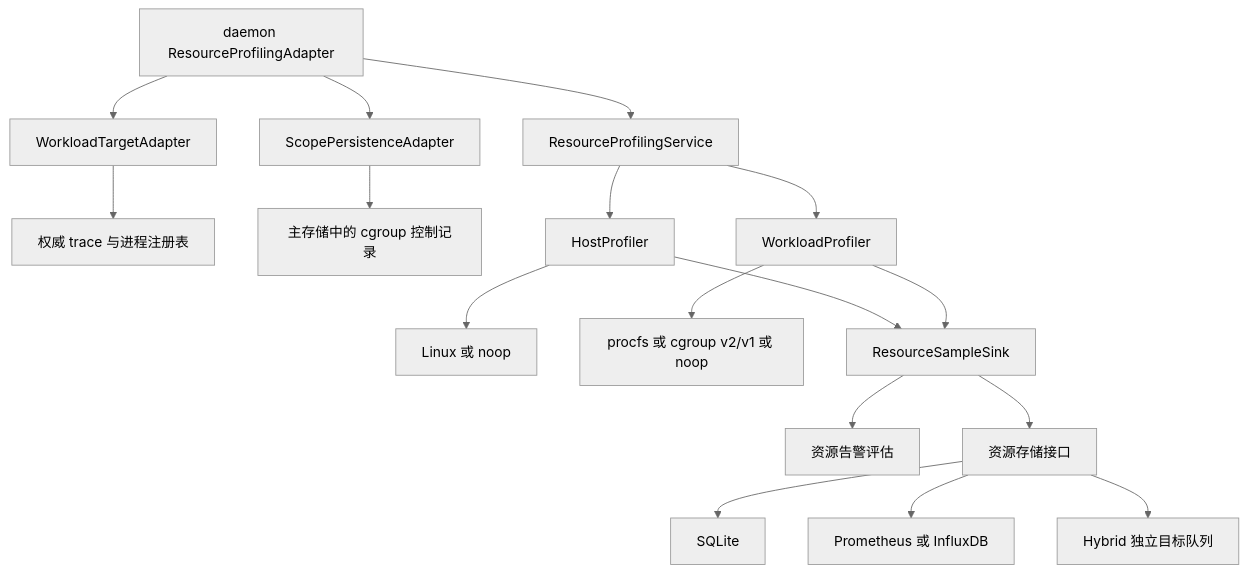
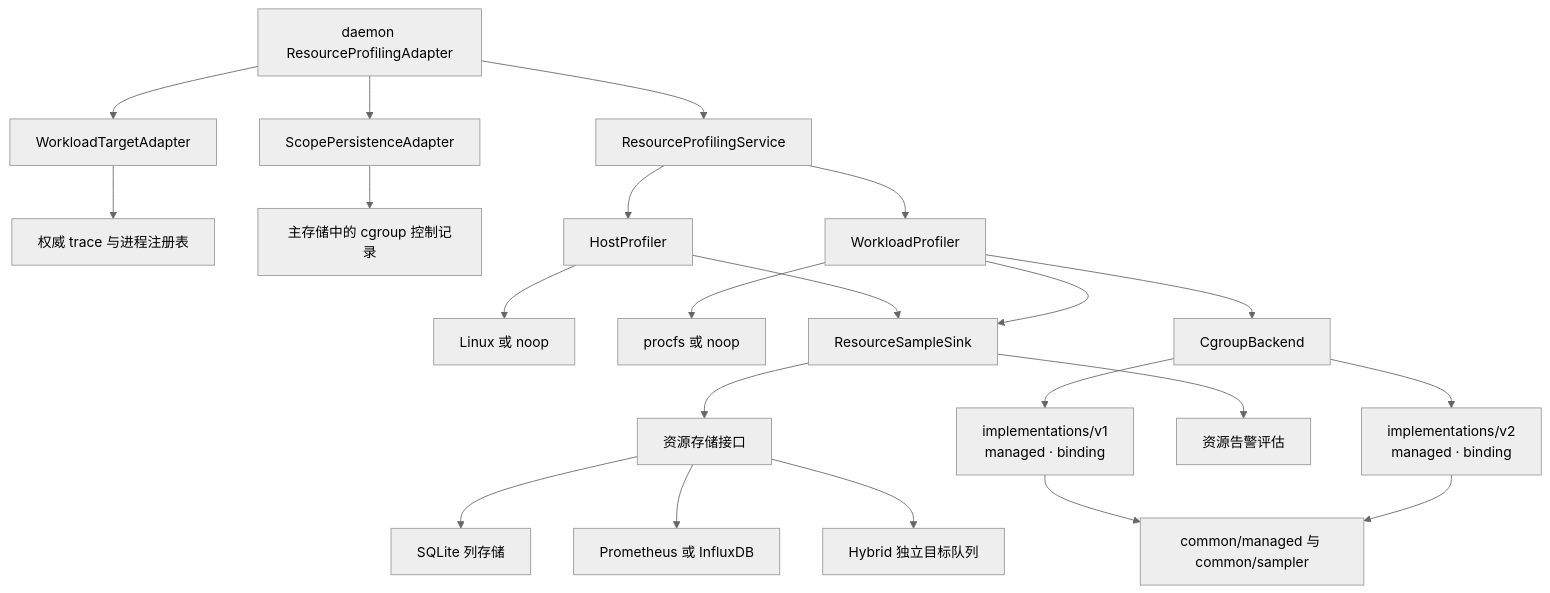
The diagram in docs/architecture/components/resource-profiling/design.md (openeuler-mirror/AcTrail), drawn with Mermaid (neutral theme) before and after one commit. The commit also changed other lines of this file and 219 other files, not shown here.

First line of the commit message:
feat(resource): add managed v1 scopes, flame graph tracks and column storage

````diff
--- a/docs/architecture/components/resource-profiling/design.md
+++ b/docs/architecture/components/resource-profiling/design.md
@@ -7,19 +7,24 @@
 ```mermaid
 flowchart TD
     D[daemon ResourceProfilingAdapter] --> T[WorkloadTargetAdapter]
     T --> R[权威 trace 与进程注册表]
     D --> P[ScopePersistenceAdapter]
     P --> C[主存储中的 cgroup 控制记录]
     D --> S[ResourceProfilingService]
     S --> H[HostProfiler]
     S --> W[WorkloadProfiler]
     H --> HL[Linux 或 noop]
-    W --> WL[procfs 或 cgroup v2/v1 或 noop]
+    W --> WP[procfs 或 noop]
+    W --> CB[CgroupBackend]
+    CB --> V1[implementations/v1<br/>managed · binding]
+    CB --> V2[implementations/v2<br/>managed · binding]
+    V1 --> CM[common/managed 与 common/sampler]
+    V2 --> CM
     H --> Sink[ResourceSampleSink]
     W --> Sink
     Sink --> A[资源告警评估]
     Sink --> Storage[资源存储接口]
-    Storage --> DB[SQLite]
+    Storage --> DB[SQLite 列存储]
     Storage --> Remote[Prometheus 或 InfluxDB]
     Storage --> Hybrid[Hybrid 独立目标队列]
 ```
````
